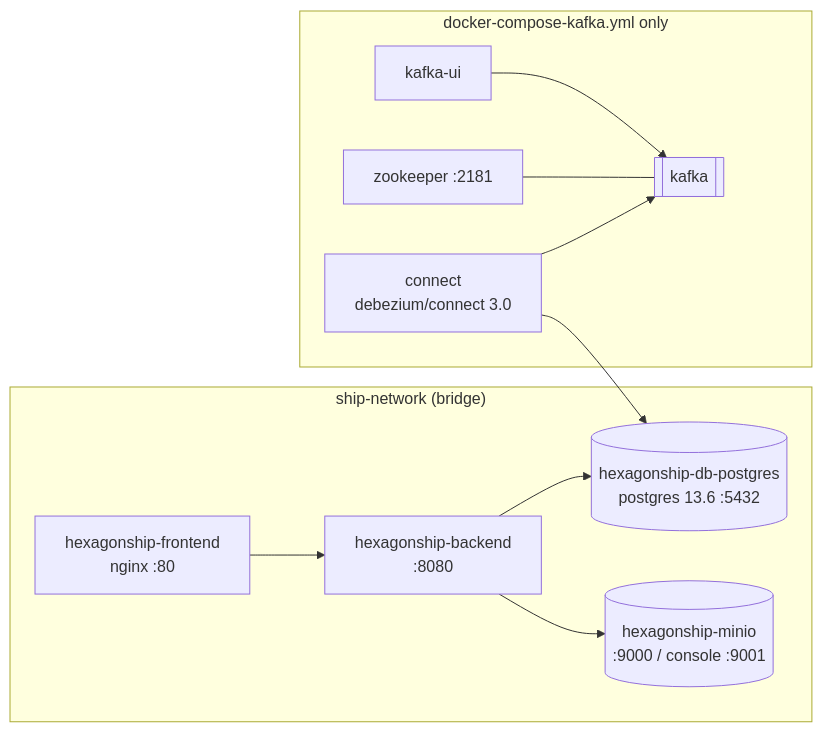
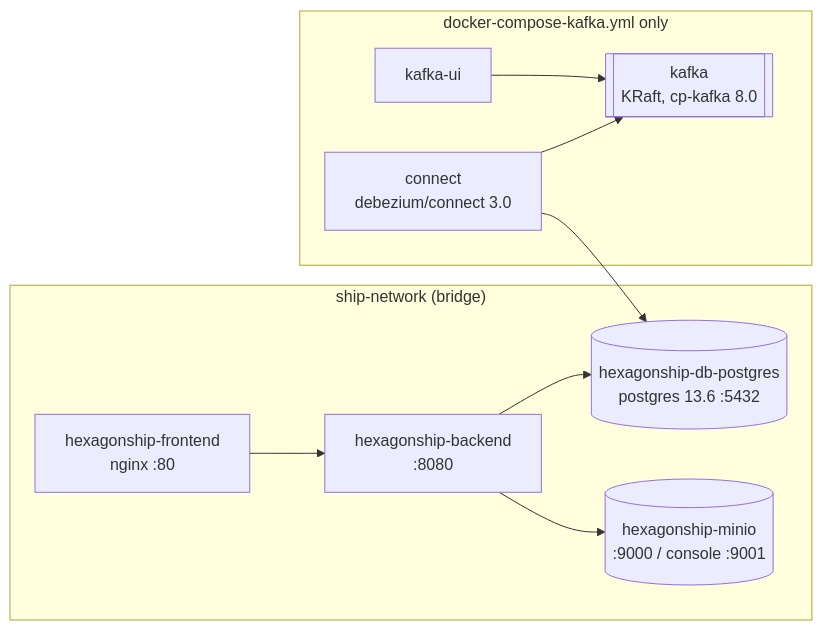
Before and after one commit to maurizio100/ddd-ship: the diagram in docs/arc42/07-deployment.md, drawn with Mermaid. The commit also changed other lines of this file and 1 other file, not shown here.

Commit message:
chore(infra): run Kafka in KRaft mode instead of ZooKeeper
The untagged confluentinc/cp-kafka image now resolves to Confluent 8 /
Kafka 4, which no longer supports ZooKeeper and failed on startup with
"KAFKA_PROCESS_ROLES is not set". Pin cp-kafka to 8.0.0, configure a
single combined broker/controller node, and drop the zookeeper service.

````diff
--- a/docs/arc42/07-deployment.md
+++ b/docs/arc42/07-deployment.md
@@ -10,21 +10,19 @@
 ```mermaid
 flowchart LR
     subgraph net["ship-network (bridge)"]
         FE["hexagonship-frontend<br/>nginx :80"]
         BE["hexagonship-backend<br/>:8080"]
         DB[("hexagonship-db-postgres<br/>postgres 13.6 :5432")]
         S3[("hexagonship-minio<br/>:9000 / console :9001")]
     end
     subgraph kafka["docker-compose-kafka.yml only"]
-        ZK["zookeeper :2181"]
-        K[["kafka"]]
+        K[["kafka<br/>KRaft, cp-kafka 8.0"]]
         CON["connect<br/>debezium/connect 3.0"]
         UI["kafka-ui"]
     end
     FE --> BE --> DB
     BE --> S3
     CON --> DB
     CON --> K
-    ZK --- K
     UI --> K
 ```
````
